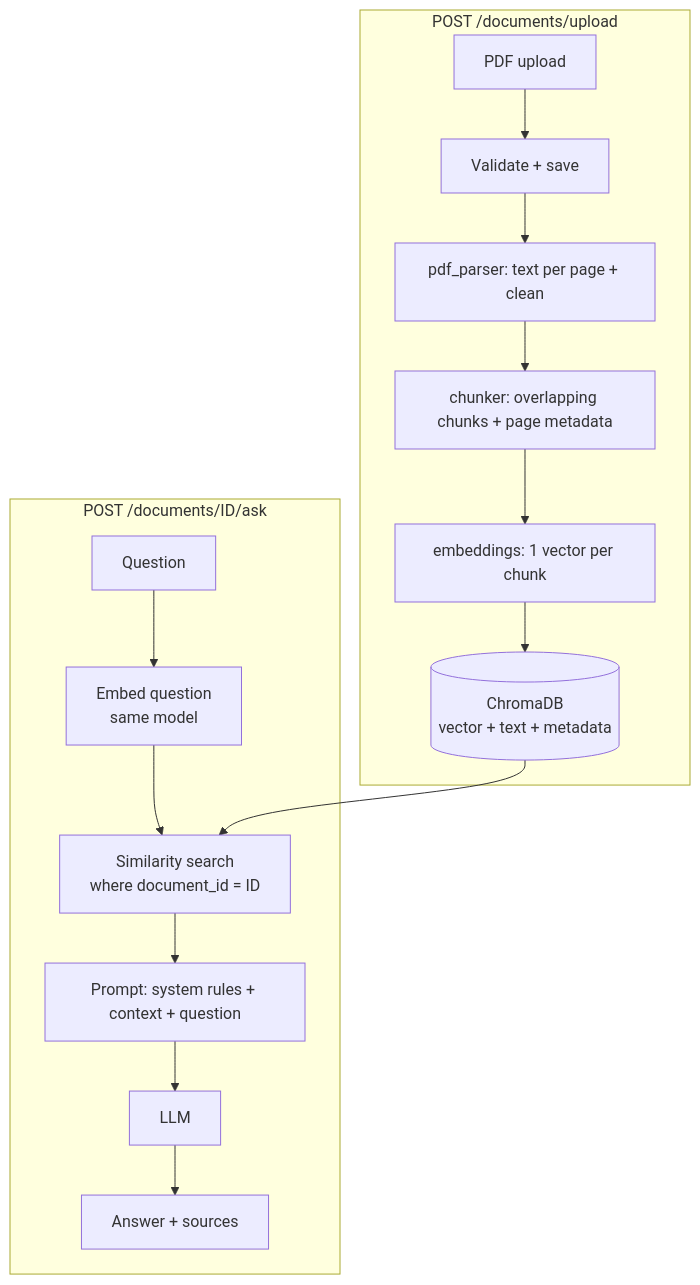
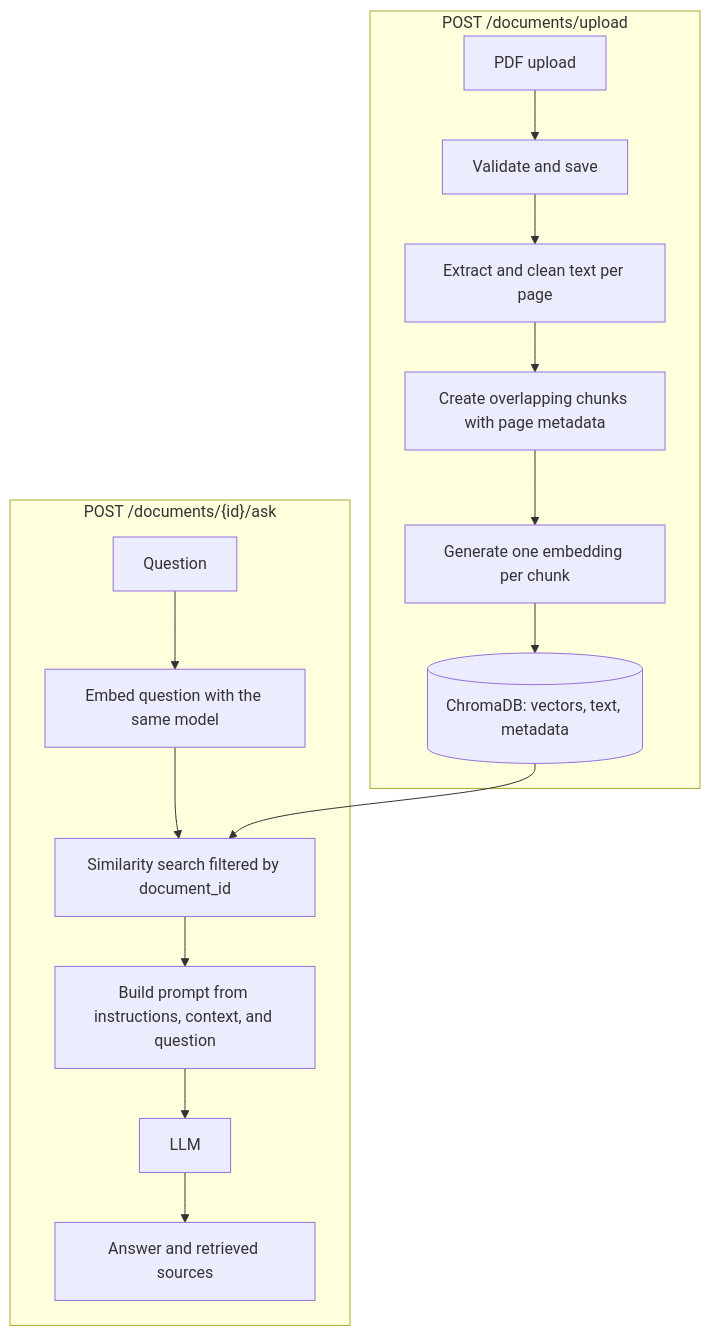
Before and after one commit to parsabarari/pdf-qa: the diagram in README.md, drawn with Mermaid. The commit also changed other lines of this file, not shown here.

````diff
--- a/README.md
+++ b/README.md
@@ -11,18 +41,19 @@
 ```mermaid
 flowchart TD
-    subgraph Ingestion [POST /documents/upload]
-        A[PDF upload] --> B[Validate + save]
-        B --> C[pdf_parser: text per page + clean]
-        C --> D[chunker: overlapping chunks + page metadata]
-        D --> E[embeddings: 1 vector per chunk]
-        E --> F[(ChromaDB<br/>vector + text + metadata)]
+    subgraph Ingestion["POST /documents/upload"]
+        A["PDF upload"] --> B["Validate and save"]
+        B --> C["Extract and clean text per page"]
+        C --> D["Create overlapping chunks with page metadata"]
+        D --> E["Generate one embedding per chunk"]
+        E --> F[("ChromaDB: vectors, text, metadata")]
     end
-    subgraph Query [POST /documents/ID/ask]
-        Q[Question] --> QE[Embed question<br/>same model]
-        QE --> S[Similarity search<br/>where document_id = ID]
+
+    subgraph QuestionAnswering["POST /documents/{id}/ask"]
+        Q["Question"] --> QE["Embed question with the same model"]
+        QE --> S["Similarity search filtered by document_id"]
         F --> S
-        S --> P[Prompt: system rules + context + question]
-        P --> L[LLM]
-        L --> R[Answer + sources]
+        S --> P["Build prompt from instructions, context, and question"]
+        P --> L["LLM"]
+        L --> R["Answer and retrieved sources"]
     end
 ```
````
